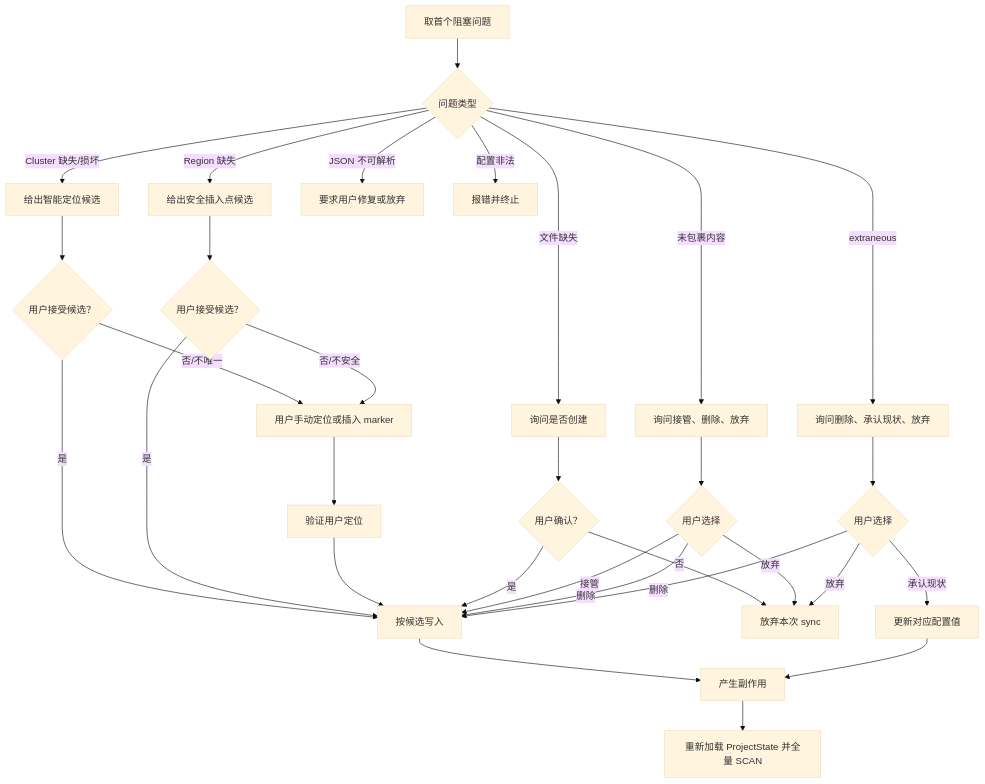
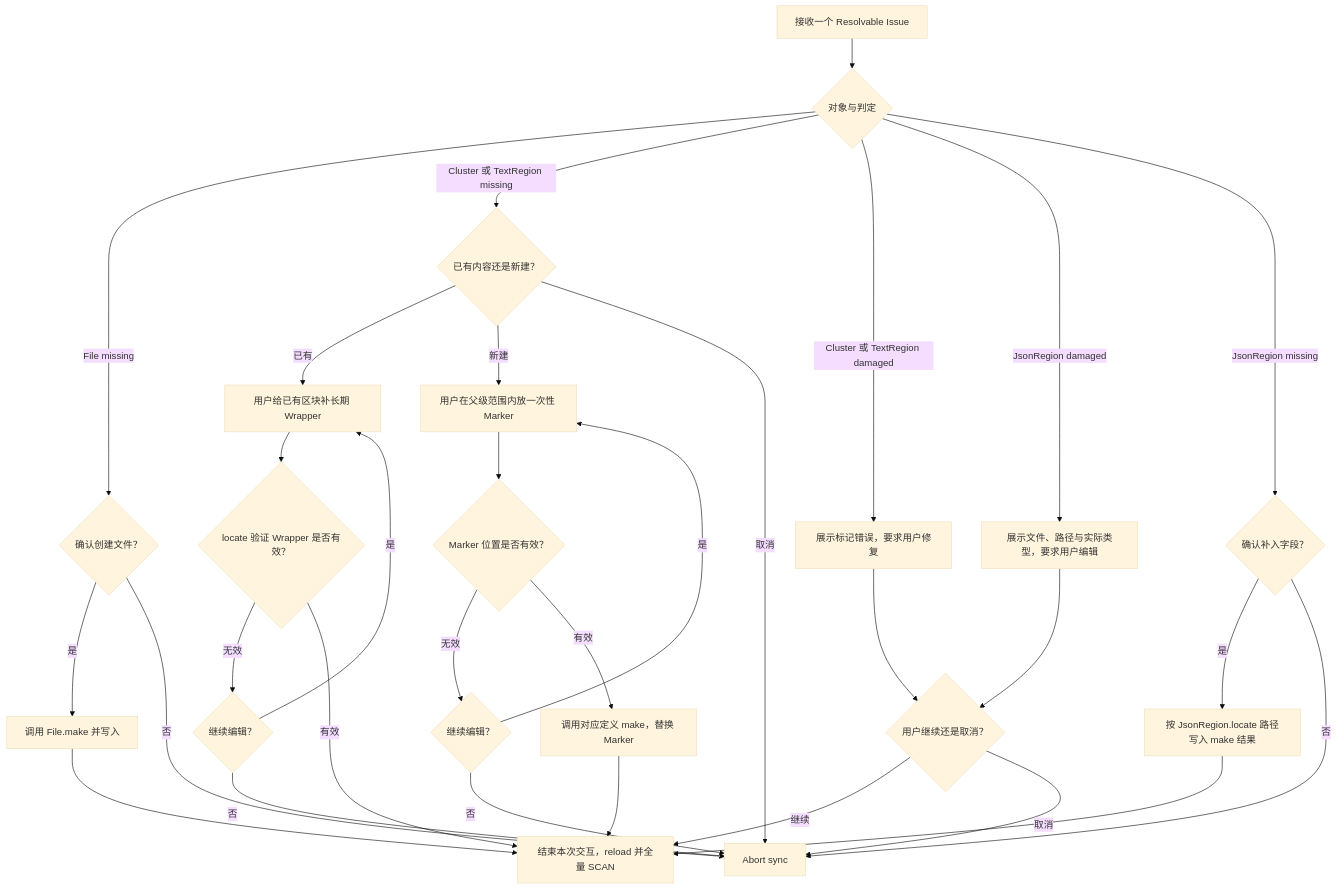
One commit to EarzuChan/Arrange changed the sixth of 11 diagrams in docs/proj/m2/2/命令定义.md. Above: the diagram before and after it, drawn with Mermaid (base theme). The commit also changed other lines of this file and 75 other files, not shown here.

````diff
--- a/docs/proj/m2/2/命令定义.md
+++ b/docs/proj/m2/2/命令定义.md
@@ -207,33 +187,33 @@
 ```mermaid
 flowchart TD
-    A[取首个阻塞问题] --> B{问题类型}
-    B -->|文件缺失| C[询问是否创建]
-    B -->|Cluster 缺失/损坏| D[给出智能定位候选]
-    B -->|Region 缺失| E[给出安全插入点候选]
-    B -->|未包裹内容| F[询问接管、删除、放弃]
-    B -->|extraneous| G[询问删除、承认现状、放弃]
-    B -->|JSON 不可解析| H[要求用户修复或放弃]
-    B -->|配置非法| I[报错并终止]
-    D --> J{用户接受候选？}
-    E --> K{用户接受候选？}
-    J -->|是| L[按候选写入]
-    J -->|否/不唯一| M[用户手动定位或插入 marker]
-    K -->|是| L
-    K -->|否/不安全| M
-    M --> N[验证用户定位]
-    N --> L
-    C --> O{用户确认？}
-    O -->|是| L
-    O -->|否| P[放弃本次 sync]
-    F --> Q{用户选择}
-    G --> R{用户选择}
-    Q -->|接管| L
-    Q -->|删除| L
-    Q -->|放弃| P
-    R -->|删除| L
-    R -->|承认现状| S[更新对应配置值]
-    R -->|放弃| P
-    L --> T[产生副作用]
-    S --> T
-    T --> U[重新加载 ProjectState 并全量 SCAN]
+    A["接收一个 Resolvable Issue"] --> K{"对象与判定"}
+    K -->|File missing| FC{"确认创建文件？"}
+    FC -->|是| FW["调用 File.make 并写入"]
+    FC -->|否| AB["Abort sync"]
+    K -->|Cluster 或 TextRegion missing| M{"已有内容还是新建？"}
+    M -->|已有| W["用户给已有区块补长期 Wrapper"]
+    W --> V{"locate 验证 Wrapper 是否有效？"}
+    V -->|无效| RETRY{"继续编辑？"}
+    RETRY -->|是| W
+    RETRY -->|否| AB
+    V -->|有效| S["结束本次交互，reload 并全量 SCAN"]
+    M -->|新建| MARK["用户在父级范围内放一次性 Marker"]
+    MARK --> MV{"Marker 位置是否有效？"}
+    MV -->|无效| MR{"继续编辑？"}
+    MR -->|是| MARK
+    MR -->|否| AB
+    MV -->|有效| GEN["调用对应定义 make，替换 Marker"]
+    GEN --> S
+    M -->|取消| AB
+    K -->|Cluster 或 TextRegion damaged| FIX["展示标记错误，要求用户修复"]
+    K -->|JsonRegion damaged| JFIX["展示文件、路径与实际类型，要求用户编辑"]
+    FIX --> CONT{"用户继续还是取消？"}
+    JFIX --> CONT
+    CONT -->|继续| S
+    CONT -->|取消| AB
+    K -->|JsonRegion missing| JC{"确认补入字段？"}
+    JC -->|是| JW["按 JsonRegion.locate 路径写入 make 结果"]
+    JC -->|否| AB
+    JW --> S
+    FW --> S
 ```
````
